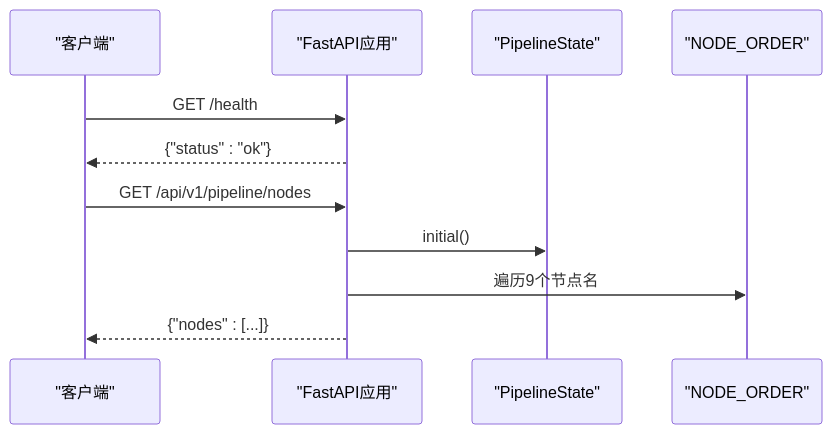
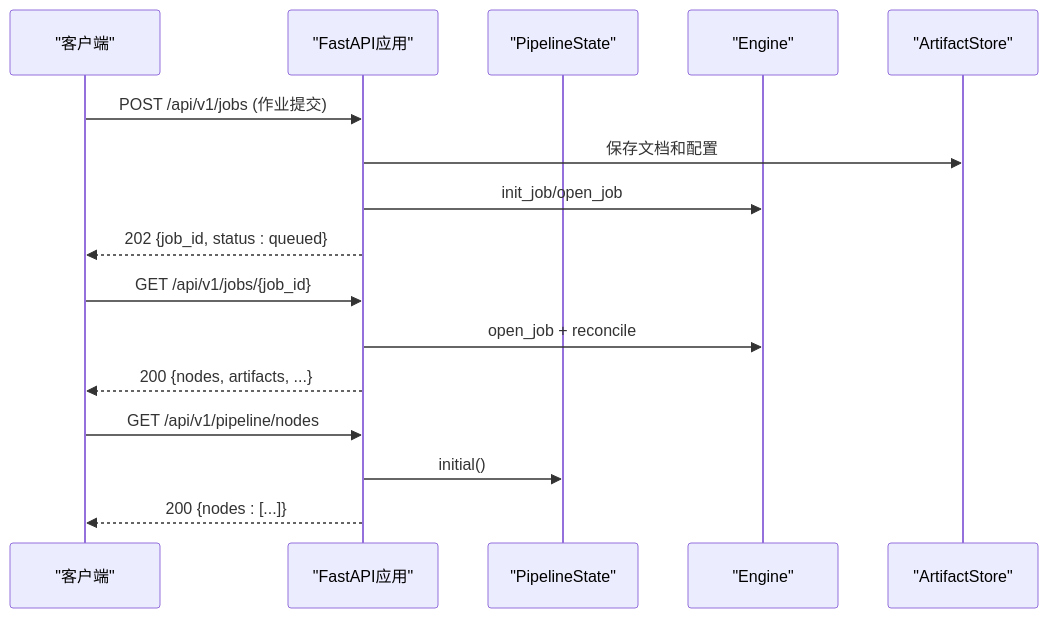
Before and after one commit to Joeyzheng001/LLM-AutoTest: the second of 3 diagrams in .qoder/repowiki/zh/content/API参考文档/编排服务API.md, drawn with Mermaid. The commit also changed other lines of this file and 94 other files, not shown here.

````diff
--- a/.qoder/repowiki/zh/content/API参考文档/编排服务API.md
+++ b/.qoder/repowiki/zh/content/API参考文档/编排服务API.md
@@ -70,13 +77,18 @@
 ```mermaid
 sequenceDiagram
 participant Client as "客户端"
 participant API as "FastAPI应用"
 participant State as "PipelineState"
-participant Order as "NODE_ORDER"
-Client->>API : GET /health
-API-->>Client : {"status" : "ok"}
+participant Engine as "Engine"
+participant Store as "ArtifactStore"
+Client->>API : POST /api/v1/jobs (作业提交)
+API->>Store : 保存文档和配置
+API->>Engine : init_job/open_job
+API-->>Client : 202 {job_id, status : queued}
+Client->>API : GET /api/v1/jobs/{job_id}
+API->>Engine : open_job + reconcile
+API-->>Client : 200 {nodes, artifacts, ...}
 Client->>API : GET /api/v1/pipeline/nodes
 API->>State : initial()
-API->>Order : 遍历9个节点名
-API-->>Client : {"nodes" : [...]}
+API-->>Client : 200 {nodes : [...]}
 ```
````
